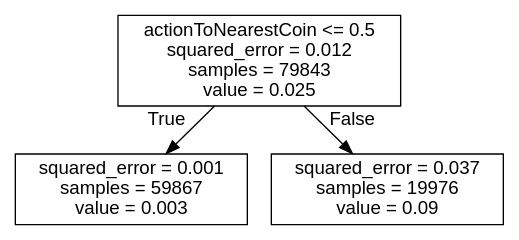
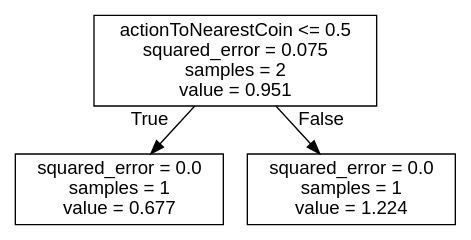
The diagram in bomberman_rl/agent_code/my_agent/trees/RIGHT.dot (J-Gann/FML), drawn with Graphviz before and after one commit. The commit also changed 10 other files, not shown here.

```diff
--- a/bomberman_rl/agent_code/my_agent/trees/RIGHT.dot
+++ b/bomberman_rl/agent_code/my_agent/trees/RIGHT.dot
@@ -1,9 +1,9 @@
 digraph Tree {
 node [shape=box, fontname="helvetica"] ;
 edge [fontname="helvetica"] ;
-0 [label="actionToNearestCoin <= 0.5\nsquared_error = 0.012\nsamples = 79843\nvalue = 0.025"] ;
-1 [label="squared_error = 0.001\nsamples = 59867\nvalue = 0.003"] ;
+0 [label="actionToNearestCoin <= 0.5\nsquared_error = 0.075\nsamples = 2\nvalue = 0.951"] ;
+1 [label="squared_error = 0.0\nsamples = 1\nvalue = 0.677"] ;
 0 -> 1 [labeldistance=2.5, labelangle=45, headlabel="True"] ;
-2 [label="squared_error = 0.037\nsamples = 19976\nvalue = 0.09"] ;
+2 [label="squared_error = 0.0\nsamples = 1\nvalue = 1.224"] ;
 0 -> 2 [labeldistance=2.5, labelangle=-45, headlabel="False"] ;
 }
```
